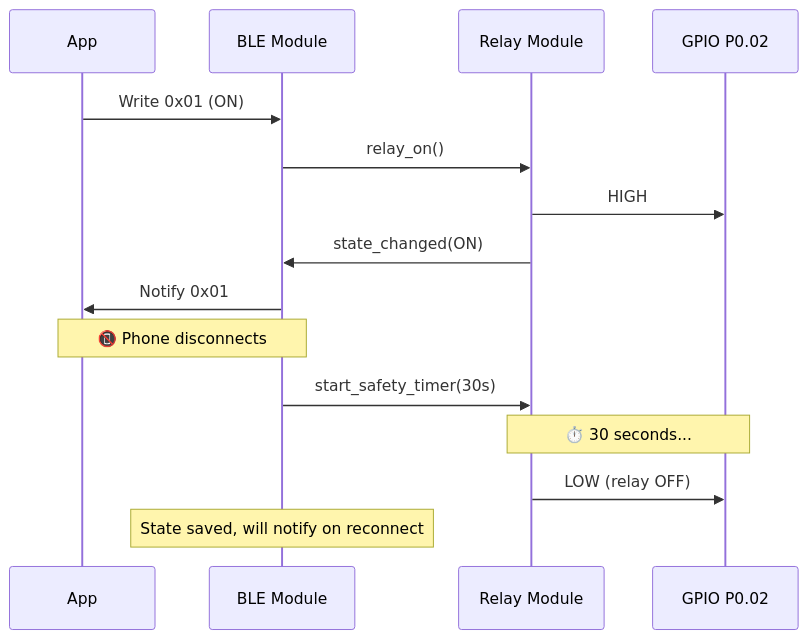
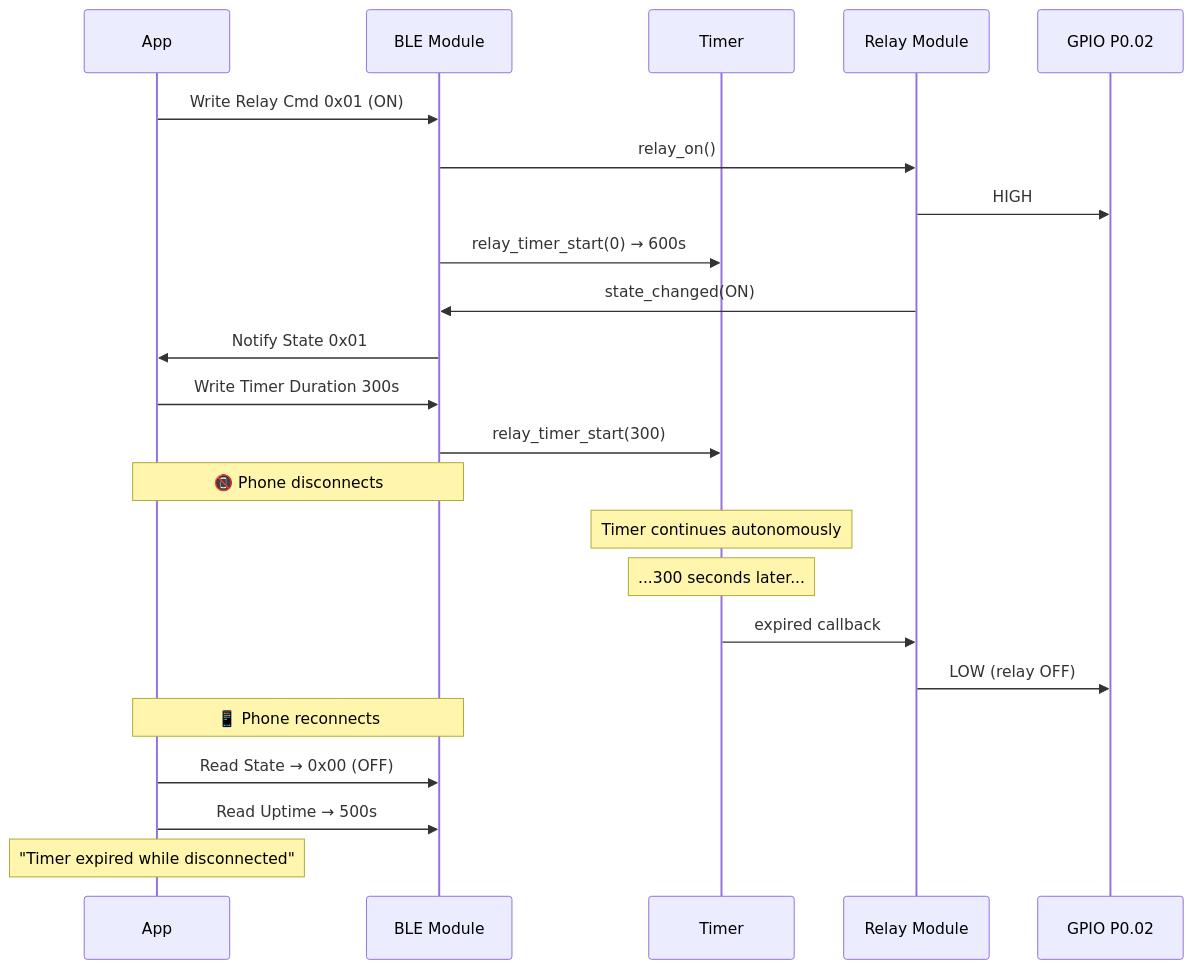
One commit to vabarcaPWR/xiao-remote-button changed the second of 3 diagrams in docs/architecture-firmware.md. Above: the diagram before and after it, drawn with Mermaid. The commit also changed other lines of this file and 1 other file, not shown here.

````diff
--- a/docs/architecture-firmware.md
+++ b/docs/architecture-firmware.md
@@ -114,20 +130,30 @@
 ```mermaid
 sequenceDiagram
     participant 📱 as App
     participant 📡 as BLE Module
+    participant ⏱️ as Timer
     participant 🔌 as Relay Module
     participant ⚡ as GPIO P0.02
 
-    📱->>📡: Write 0x01 (ON)
+    📱->>📡: Write Relay Cmd 0x01 (ON)
     📡->>🔌: relay_on()
     🔌->>⚡: HIGH
+    📡->>⏱️: relay_timer_start(0) → 600s
     🔌->>📡: state_changed(ON)
-    📡->>📱: Notify 0x01
+    📡->>📱: Notify State 0x01
+
+    📱->>📡: Write Timer Duration 300s
+    📡->>⏱️: relay_timer_start(300)
 
     Note over 📱,📡: 📵 Phone disconnects
 
-    📡->>🔌: start_safety_timer(30s)
-    Note over 🔌,⚡: ⏱️ 30 seconds...
+    Note over ⏱️: Timer continues autonomously
+    Note over ⏱️: ...300 seconds later...
+    ⏱️->>🔌: expired callback
     🔌->>⚡: LOW (relay OFF)
-    Note over 📡: State saved, will notify on reconnect
+
+    Note over 📱,📡: 📱 Phone reconnects
+    📱->>📡: Read State → 0x00 (OFF)
+    📱->>📡: Read Uptime → 500s
+    Note over 📱: "Timer expired while disconnected"
 ```
````
